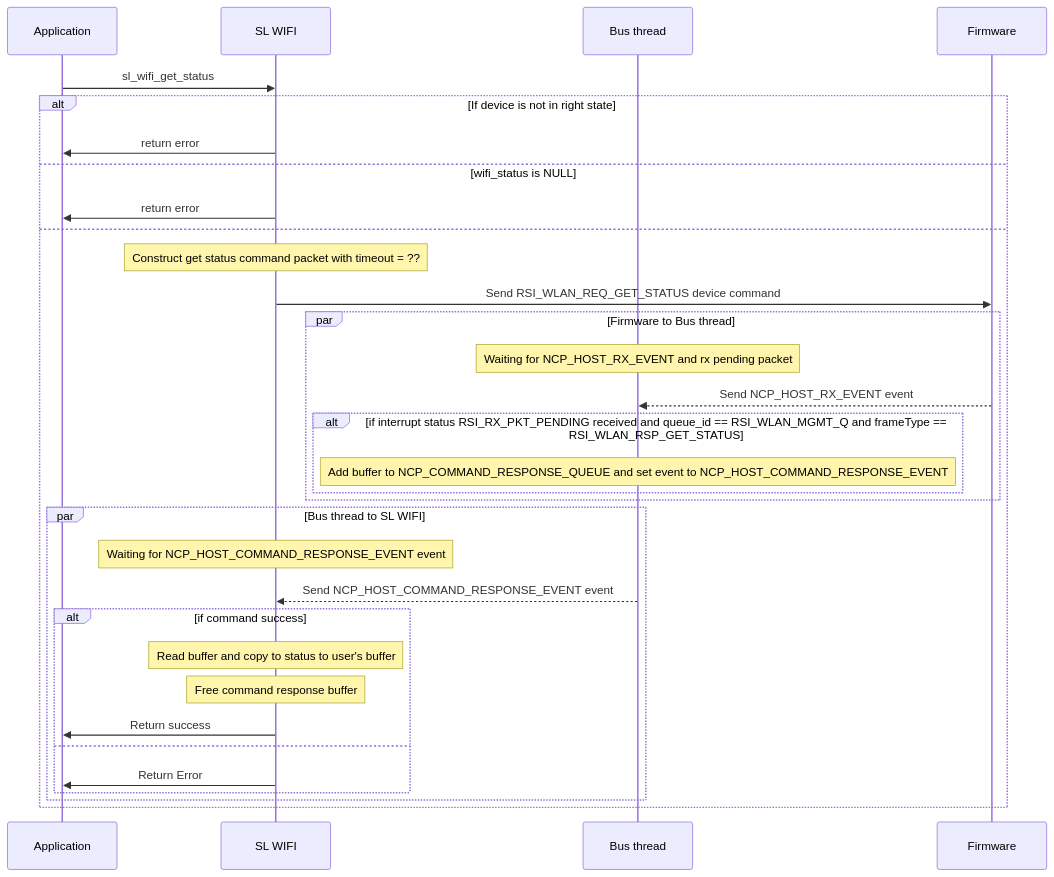
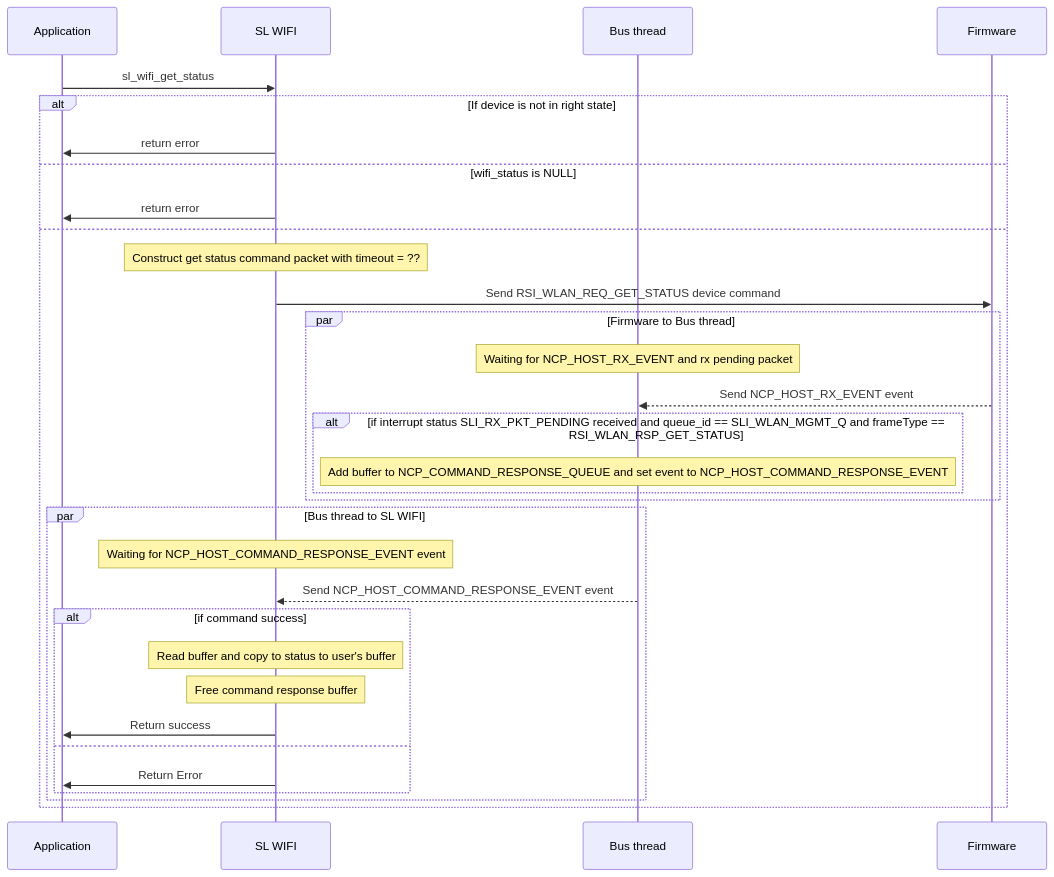
The eighth of 11 diagrams in components/protocol/wifi/readme.md (SiliconLabs/wiseconnect), drawn with Mermaid before and after one commit. The commit also changed other lines of this file and 4347 other files, not shown here.

````diff
--- a/components/protocol/wifi/readme.md
+++ b/components/protocol/wifi/readme.md
@@ -522,40 +522,40 @@
 ```mermaid
  sequenceDiagram 
      #sl_status_t sl_wifi_get_status(sl_wifi_status_t* wifi_status)
   participant app as Application
   participant wifi as SL WIFI
   participant bus as Bus thread  
   participant fw as Firmware
 
         
   app ->> wifi: sl_wifi_get_status
 
   alt  If device is not in right state
    wifi ->> app: return error
   else wifi_status is NULL
    wifi ->> app: return error
   else
    Note over wifi: Construct get status command packet with timeout = ?? 
    wifi ->> fw:Send RSI_WLAN_REQ_GET_STATUS device command
 
             par Firmware to Bus thread
                 Note over bus: Waiting for NCP_HOST_RX_EVENT and rx pending packet
                 fw -->> bus: Send NCP_HOST_RX_EVENT event
-                alt if interrupt status RSI_RX_PKT_PENDING received and queue_id == RSI_WLAN_MGMT_Q and frameType == RSI_WLAN_RSP_GET_STATUS
+                alt if interrupt status SLI_RX_PKT_PENDING received and queue_id == SLI_WLAN_MGMT_Q and frameType == RSI_WLAN_RSP_GET_STATUS
                     Note over bus: Add buffer to NCP_COMMAND_RESPONSE_QUEUE and set event to NCP_HOST_COMMAND_RESPONSE_EVENT
                 end
             end
 
    par Bus thread to SL WIFI
     Note over wifi: Waiting for NCP_HOST_COMMAND_RESPONSE_EVENT event
     bus -->> wifi: Send NCP_HOST_COMMAND_RESPONSE_EVENT event
     alt if command success
      Note over wifi: Read buffer and copy to status to user's buffer
      Note over wifi: Free command response buffer
      wifi ->> app: Return success
     else 
      wifi ->> app: Return Error
     end
    end
   end
 ```
````
